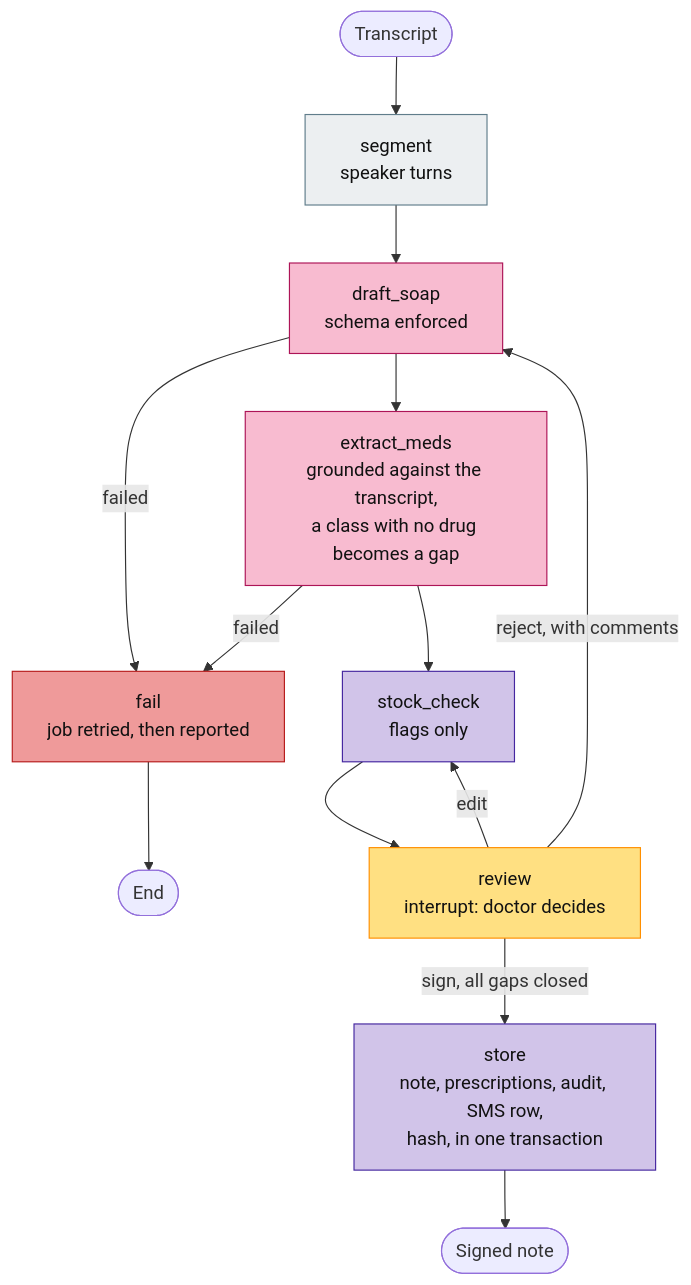
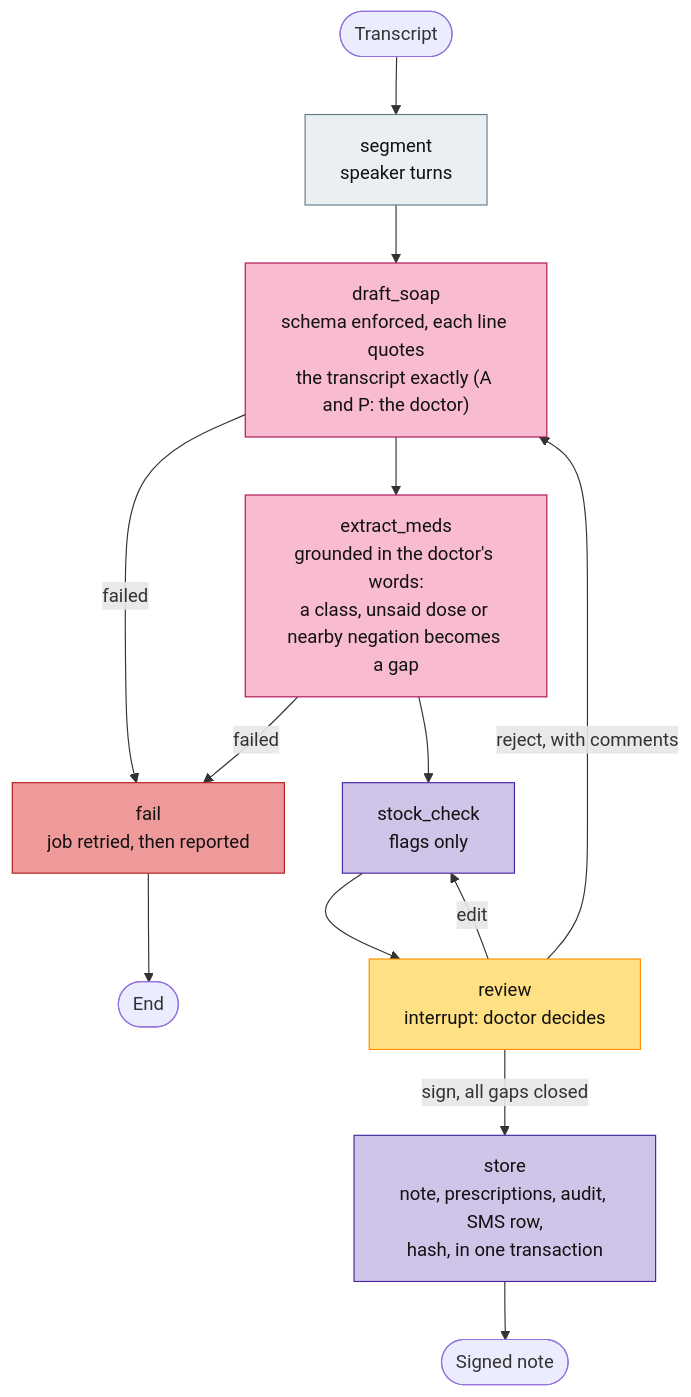
One commit to das0777/sahyog-care-companion changed the seventh of 9 diagrams in docs/architecture-pack.md. Above: the diagram before and after it, drawn with Mermaid. The commit also changed other lines of this file and 1 other file, not shown here.

First line of the commit message:
docs: four must-fix corrections from the AI review of the architecture pack

````diff
--- a/docs/architecture-pack.md
+++ b/docs/architecture-pack.md
@@ -395,29 +397,29 @@
 ```mermaid
 flowchart TD
     start([Transcript]) --> segment
     segment["segment<br/>speaker turns"] --> draft
-    draft["draft_soap<br/>schema enforced"]
+    draft["draft_soap<br/>schema enforced, each line quotes<br/>the transcript exactly (A and P: the doctor)"]
     draft -->|failed| fail
     draft --> extract
-    extract["extract_meds<br/>grounded against the transcript,<br/>a class with no drug becomes a gap"]
+    extract["extract_meds<br/>grounded in the doctor's words:<br/>a class, unsaid dose or nearby negation becomes a gap"]
     extract -->|failed| fail
     extract --> stock
     stock["stock_check<br/>flags only"] --> review
     review["review<br/>interrupt: doctor decides"]
     review -->|reject, with comments| draft
     review -->|edit| stock
     review -->|sign, all gaps closed| store
     store["store<br/>note, prescriptions, audit, SMS row,<br/>hash, in one transaction"] --> done([Signed note])
     fail["fail<br/>job retried, then reported"] --> stop([End])
 
     classDef code fill:#eceff1,stroke:#607d8b,color:#111
     classDef model fill:#f8bbd0,stroke:#ad1457,color:#111
     classDef tool fill:#d1c4e9,stroke:#4527a0,color:#111
     classDef human fill:#ffe082,stroke:#ff8f00,color:#111
     classDef handoff fill:#ef9a9a,stroke:#b71c1c,color:#111
     class segment code
     class draft,extract model
     class stock,store tool
     class review human
     class fail handoff
 ```
````
